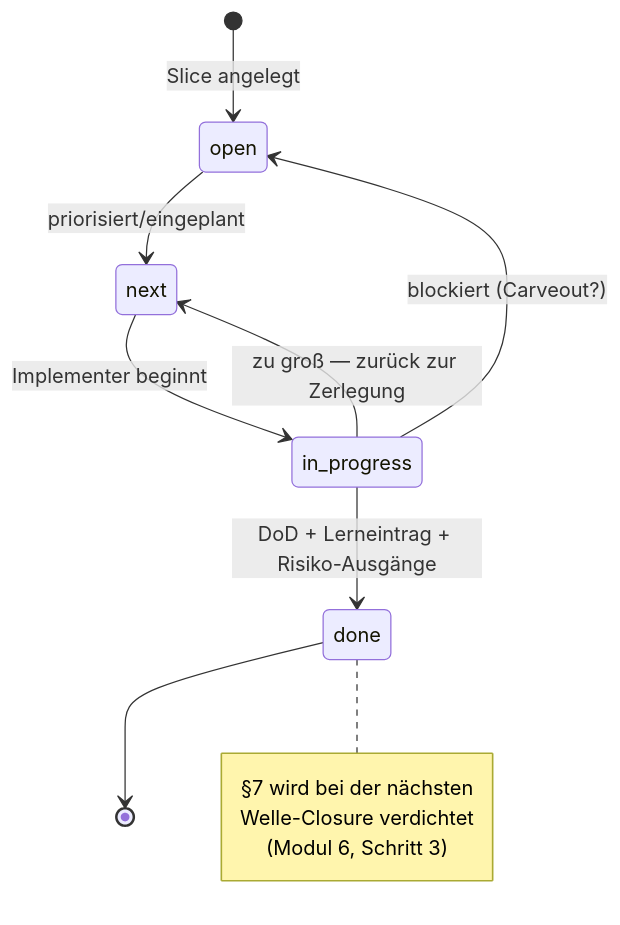
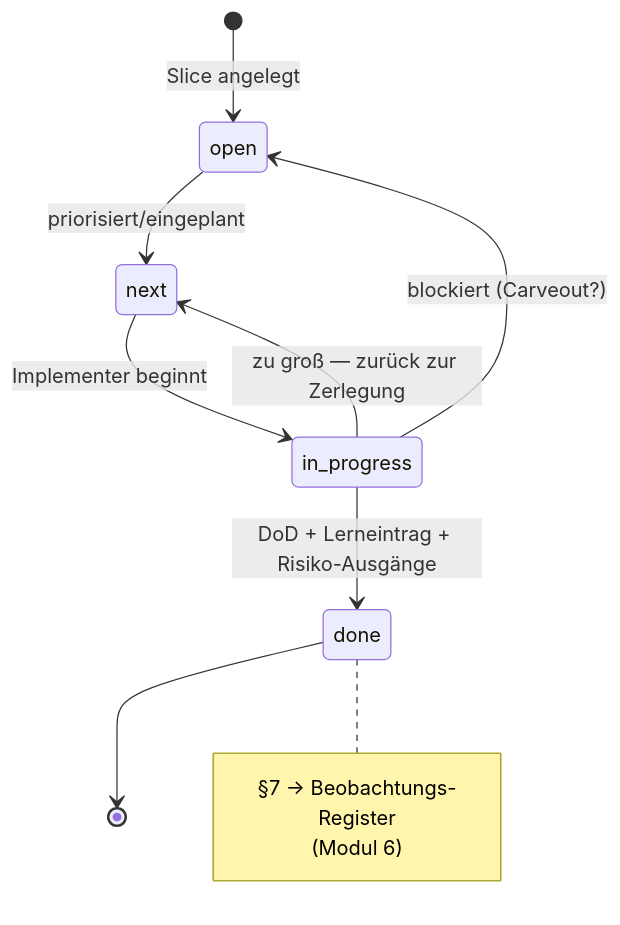
One commit to pt9912/ai-harness-course changed the diagram in kurs/de/02-planung/modul-05-planning-harness.md. Above: the diagram before and after it, drawn with Mermaid. The commit also changed other lines of this file and 27 other files, not shown here.

````diff
--- a/kurs/de/02-planung/modul-05-planning-harness.md
+++ b/kurs/de/02-planung/modul-05-planning-harness.md
@@ -41,15 +41,14 @@
 ```mermaid
 stateDiagram-v2
     [*] --> open: Slice angelegt
     open --> next: priorisiert/eingeplant
     next --> in_progress: Implementer beginnt
     in_progress --> done: DoD + Lerneintrag + Risiko-Ausgänge
     in_progress --> next: zu groß — zurück zur Zerlegung
     in_progress --> open: blockiert (Carveout?)
     done --> [*]
     note right of done
-        §7 wird bei der nächsten
-        Welle-Closure verdichtet
-        (Modul 6, Schritt 3)
+        §7 → Beobachtungs-Register
+        (Modul 6)
     end note
 ```
````
